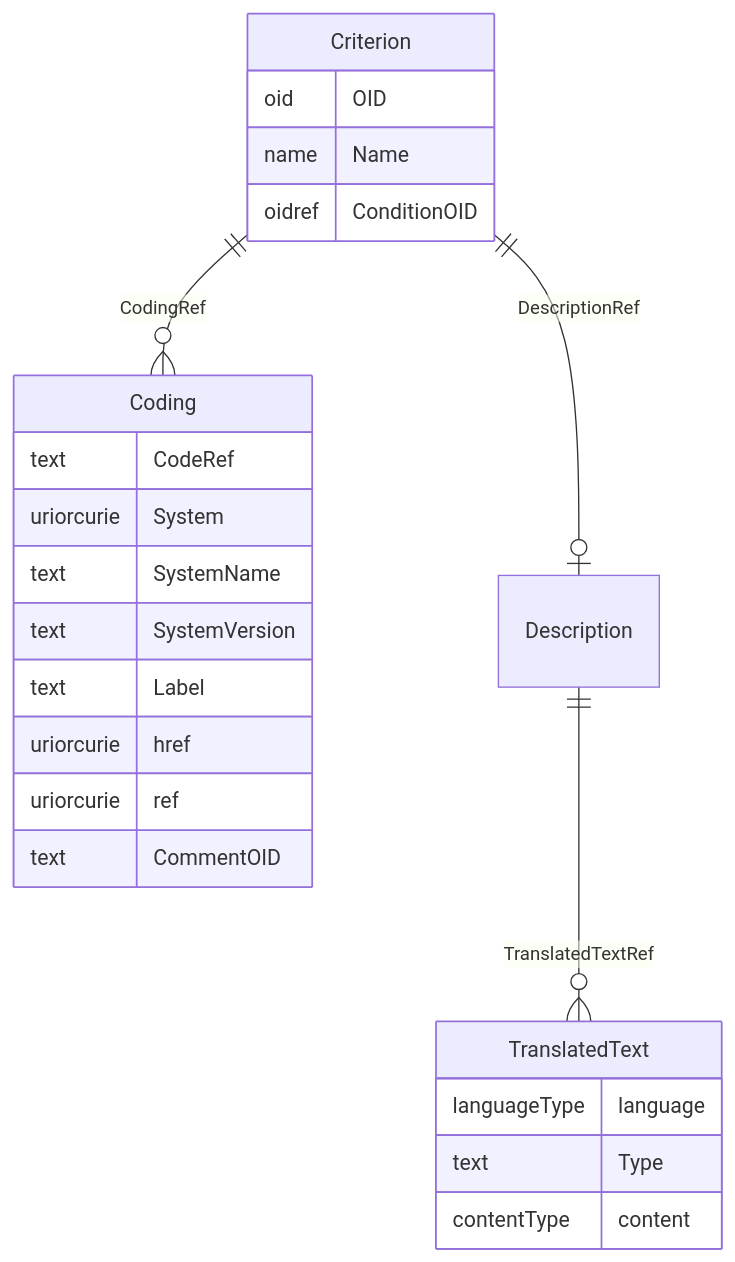
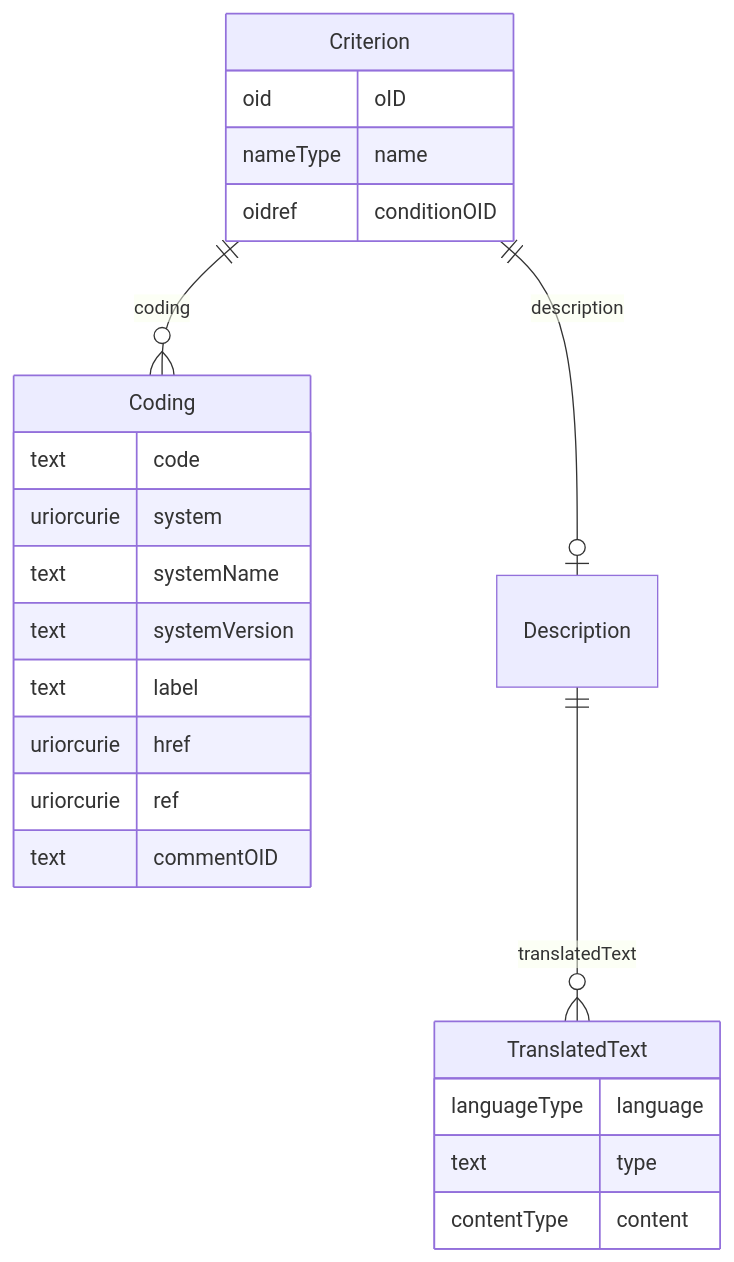
One commit to cdisc-org/DataExchange-ODM-LinkML changed the diagram in docs/Criterion.md. Above: the diagram before and after it, drawn with Mermaid. The commit also changed other lines of this file and 759 other files, not shown here.

````diff
--- a/docs/Criterion.md
+++ b/docs/Criterion.md
@@ -11,31 +11,31 @@
 ```mermaid
 erDiagram
 Criterion {
-    oid OID  
-    name Name  
-    oidref ConditionOID  
+    oid oID  
+    nameType name  
+    oidref conditionOID  
 }
 Coding {
-    text CodeRef  
-    uriorcurie System  
-    text SystemName  
-    text SystemVersion  
-    text Label  
+    text code  
+    uriorcurie system  
+    text systemName  
+    text systemVersion  
+    text label  
     uriorcurie href  
     uriorcurie ref  
-    text CommentOID  
+    text commentOID  
 }
 Description {
 
 }
 TranslatedText {
     languageType language  
-    text Type  
+    text type  
     contentType content  
 }
 
-Criterion ||--|o Description : "DescriptionRef"
-Criterion ||--}o Coding : "CodingRef"
-Description ||--}o TranslatedText : "TranslatedTextRef"
+Criterion ||--|o Description : "description"
+Criterion ||--}o Coding : "coding"
+Description ||--}o TranslatedText : "translatedText"
 
 ```
````
